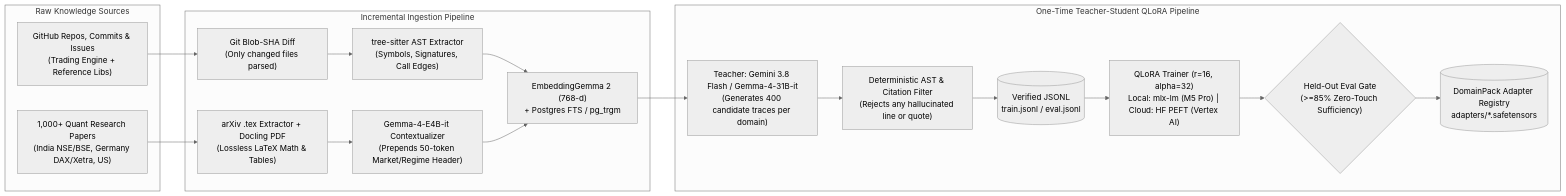
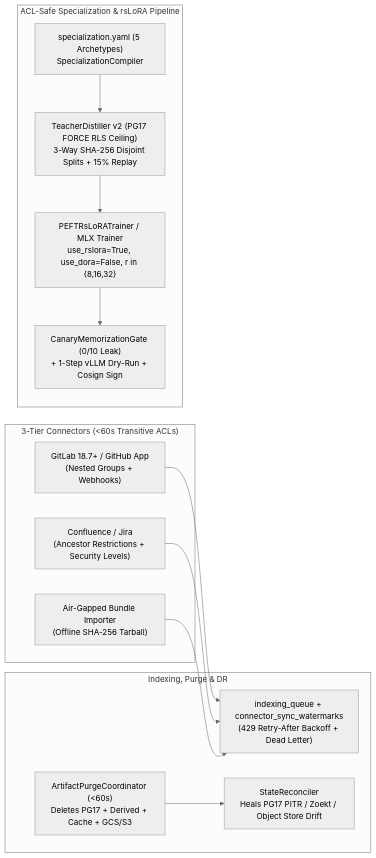
The second of 2 diagrams in ARCHITECTURE_BLUEPRINT.md (himanshu2408/enterprise-context-scout), drawn with Mermaid (neutral theme) before and after one commit. The commit also changed other lines of this file and 450 other files, not shown here.

````diff
--- a/ARCHITECTURE_BLUEPRINT.md
+++ b/ARCHITECTURE_BLUEPRINT.md
@@ -101,28 +83,27 @@
 ```mermaid
 flowchart LR
-    subgraph Sources["Raw Knowledge Sources"]
-        GH["GitHub Repos, Commits & Issues\n(Trading Engine + Reference Libs)"]
-        Papers["1,000+ Quant Research Papers\n(India NSE/BSE, Germany DAX/Xetra, US)"]
+    subgraph Connectors["3-Tier Connectors (<60s Transitive ACLs)"]
+        Git["GitLab 18.7+ / GitHub App\n(Nested Groups + Webhooks)"]
+        Wiki["Confluence / Jira\n(Ancestor Restrictions + Security Levels)"]
+        Airgap["Air-Gapped Bundle Importer\n(Offline SHA-256 Tarball)"]
     end
 
-    subgraph Ingestion["Incremental Ingestion Pipeline"]
-        MerkleDiff["Git Blob-SHA Diff\n(Only changed files parsed)"]
-        TSParser["tree-sitter AST Extractor\n(Symbols, Signatures, Call Edges)"]
-        TexDocling["arXiv .tex Extractor + Docling PDF\n(Lossless LaTeX Math & Tables)"]
-        CtxGen["Gemma-4-E4B-it Contextualizer\n(Prepends 50-token Market/Regime Header)"]
-        Embed["EmbeddingGemma 2 (768-d)\n+ Postgres FTS / pg_trgm"]
+    subgraph Control["Indexing, Purge & DR"]
+        Queue["indexing_queue + connector_sync_watermarks\n(429 Retry-After Backoff + Dead Letter)"]
+        Purge["ArtifactPurgeCoordinator (<60s)\nDeletes PG17 + Derived + Cache + GCS/S3"]
+        Reconcile["StateReconciler\nHeals PG17 PITR / Zoekt / Object Store Drift"]
     end
 
-    subgraph Distillation["One-Time Teacher-Student QLoRA Pipeline"]
-        Teacher["Teacher: Gemini 3.8 Flash / Gemma-4-31B-it\n(Generates 400 candidate traces per domain)"]
-        Verifier["Deterministic AST & Citation Filter\n(Rejects any hallucinated line or quote)"]
-        Dataset[("Verified JSONL\ntrain.jsonl / eval.jsonl")]
-        Trainer["QLoRA Trainer (r=16, alpha=32)\nLocal: mlx-lm (M5 Pro) | Cloud: HF PEFT (Vertex AI)"]
-        EvalGate{"Held-Out Eval Gate\n(>=85% Zero-Touch Sufficiency)"}
-        AdapterRegistry[("DomainPack Adapter Registry\nadapters/*.safetensors")]
+    subgraph Tuning["ACL-Safe Specialization & rsLoRA Pipeline"]
+        Spec["specialization.yaml (5 Archetypes)\nSpecializationCompiler"]
+        Distill["TeacherDistiller v2 (PG17 FORCE RLS Ceiling)\n3-Way SHA-256 Disjoint Splits + 15% Replay"]
+        Train["PEFTRsLoRATrainer / MLX Trainer\nuse_rslora=True, use_dora=False, r in {8,16,32}"]
+        Gate["CanaryMemorizationGate (0/10 Leak)\n+ 1-Step vLLM Dry-Run + Cosign Sign"]
     end
 
-    GH --> MerkleDiff --> TSParser --> Embed
-    Papers --> TexDocling --> CtxGen --> Embed
-    Embed --> Teacher --> Verifier --> Dataset --> Trainer --> EvalGate --> AdapterRegistry
+    Git --> Queue
+    Wiki --> Queue
+    Airgap --> Queue
+    Purge --> Reconcile
+    Spec --> Distill --> Train --> Gate
 ```
````
